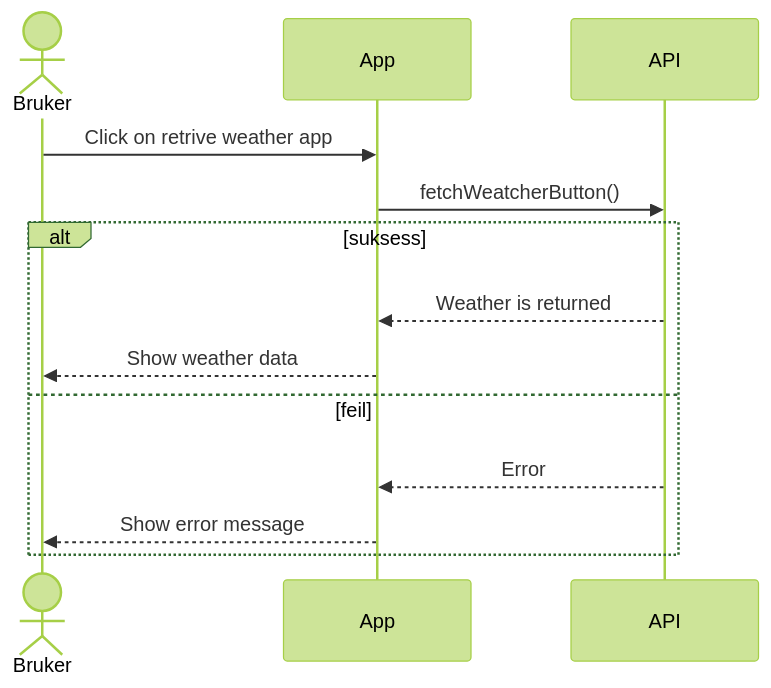
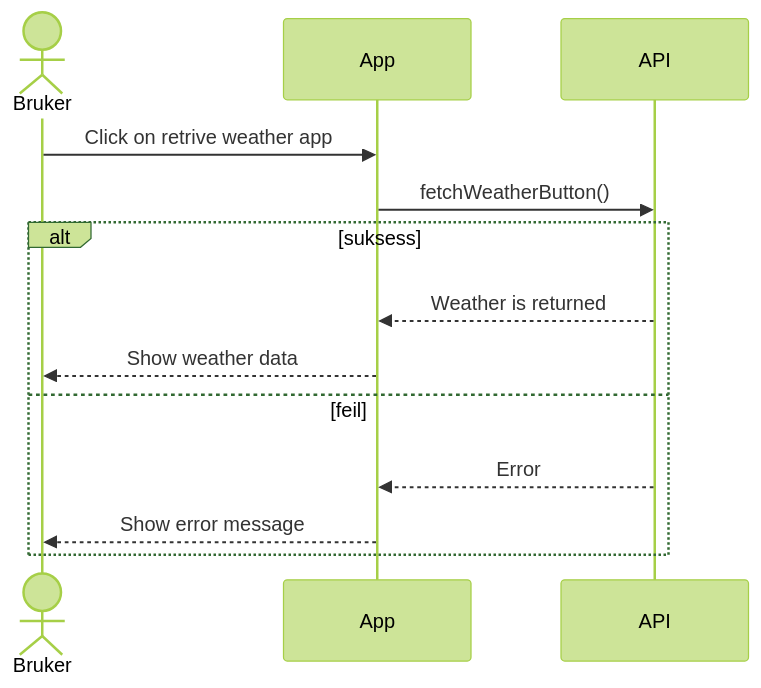
Before and after one commit to GithubTechsupport/VaerAktiv: the diagram in diagrams/add_favorite_location/sequencediagram.md, drawn with Mermaid (forest theme).

```````diff
--- a/diagrams/add_favorite_location/sequencediagram.md
+++ b/diagrams/add_favorite_location/sequencediagram.md
@@ -1,25 +1,25 @@
 ```mermaid
 
 sequenceDiagram
 
     actor Bruker
     participant App
     participant API
 
     Bruker ->> App: Click on retrive weather app
-    App ->> API: fetchWeatcherButton()
+    App ->> API: fetchWeatherButton()
 
     alt suksess
         API -->> App: Weather is returned
         App -->> Bruker: Show weather data
 
     else feil
         API -->> App: Error
         App -->> Bruker: Show error message
 
     end 
 
 
 
 
 ``````
```````
